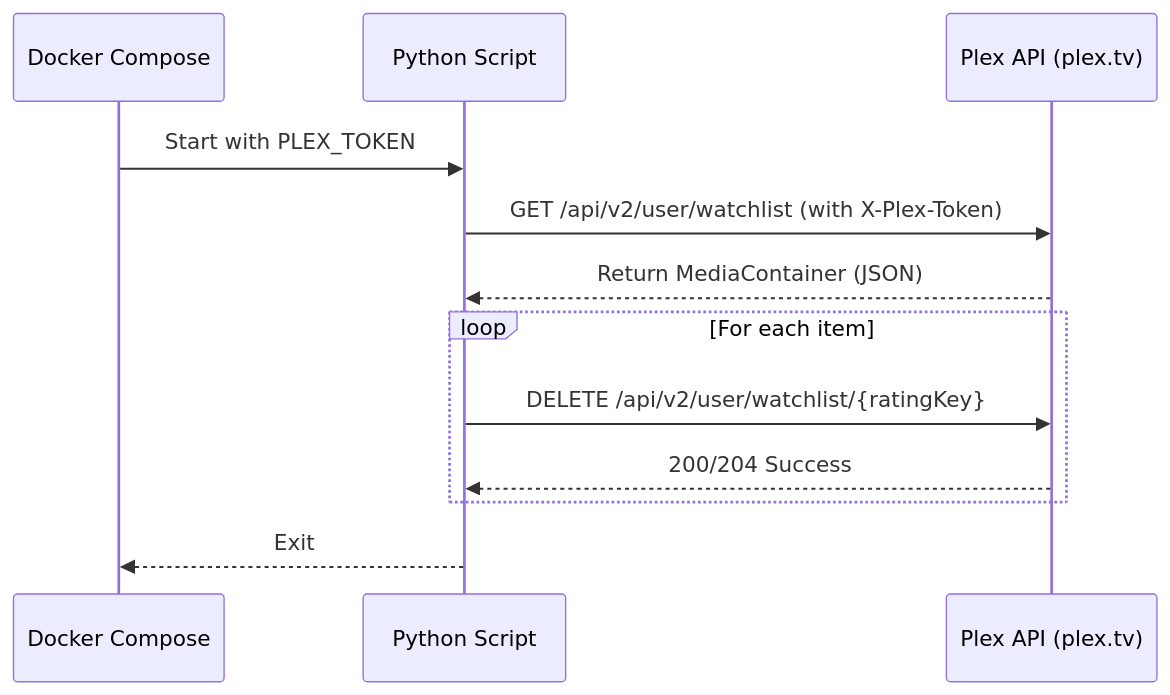
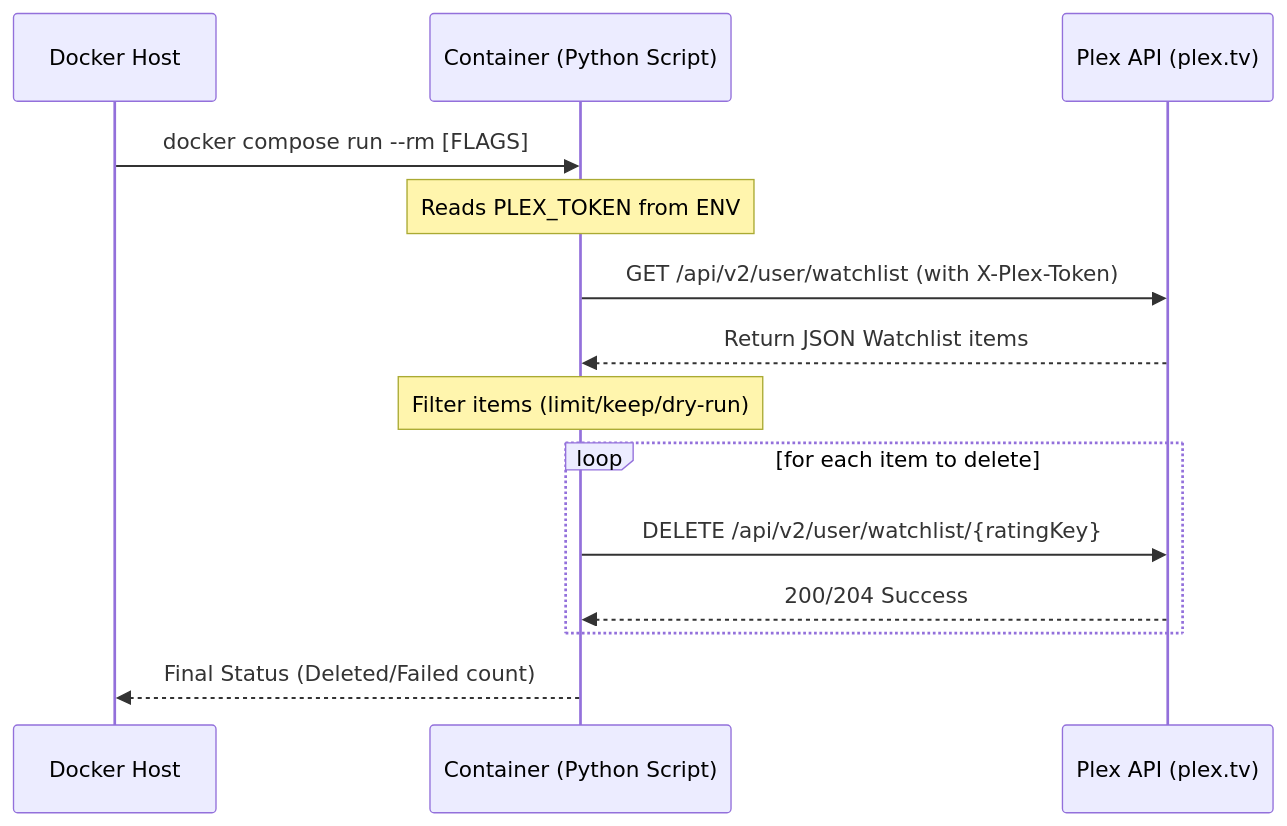
The second of 2 diagrams in .cubic/wiki/02-sec-setup/03-page-compose-setup.md (Avkroken/Docker-idempotent-update), drawn with Mermaid before and after one commit. The commit also changed other lines of this file and 42 other files, not shown here.

````diff
--- a/.cubic/wiki/02-sec-setup/03-page-compose-setup.md
+++ b/.cubic/wiki/02-sec-setup/03-page-compose-setup.md
@@ -73,14 +82,17 @@
 ```mermaid
 sequenceDiagram
-    participant DC as Docker Compose
-    participant Py as Python Script
+    participant User as Docker Host
+    participant App as Container (Python Script)
     participant Plex as Plex API (plex.tv)
-    DC->>Py: Start with PLEX_TOKEN
-    Py->>Plex: GET /api/v2/user/watchlist (with X-Plex-Token)
-    Plex-->>Py: Return MediaContainer (JSON)
-    loop For each item
-        Py->>Plex: DELETE /api/v2/user/watchlist/{ratingKey}
-        Plex-->>Py: 200/204 Success
+
+    User->>App: docker compose run --rm [FLAGS]
+    Note over App: Reads PLEX_TOKEN from ENV
+    App->>Plex: GET /api/v2/user/watchlist (with X-Plex-Token)
+    Plex-->>App: Return JSON Watchlist items
+    Note over App: Filter items (limit/keep/dry-run)
+    loop for each item to delete
+        App->>Plex: DELETE /api/v2/user/watchlist/{ratingKey}
+        Plex-->>App: 200/204 Success
     end
-    Py-->>DC: Exit
+    App-->>User: Final Status (Deleted/Failed count)
 ```
````
